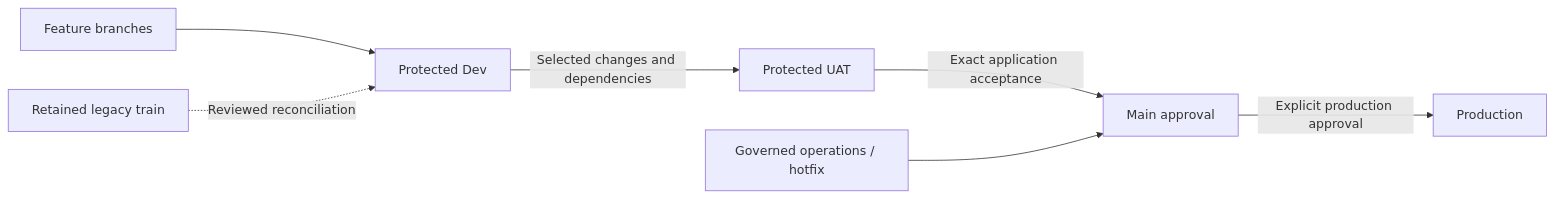
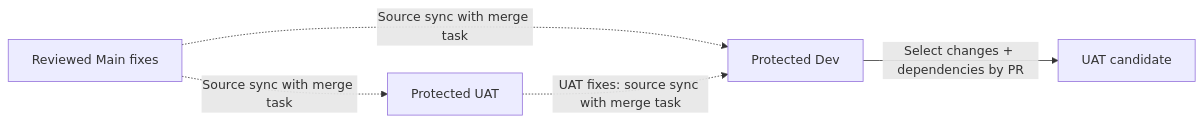
One commit to hushh-labs/hushh-research changed the second of 2 diagrams in docs/reference/operations/branch-governance.md. Above: the diagram before and after it, drawn with Mermaid. The commit also changed other lines of this file and 1 other file, not shown here.

Commit message:
docs(ci): clarify live teams branch joins and explicit release authority

````diff
--- a/docs/reference/operations/branch-governance.md
+++ b/docs/reference/operations/branch-governance.md
@@ -37,9 +67,7 @@
 ```mermaid
 flowchart LR
-  feature["Feature branches"] --> dev["Protected Dev"]
-  dev -->|"Selected changes and dependencies"| uat["Protected UAT"]
-  uat -->|"Exact application acceptance"| main["Main approval"]
-  main -->|"Explicit production approval"| prod["Production"]
-  operations["Governed operations / hotfix"] --> main
-  legacy["Retained legacy train"] -.->|"Reviewed reconciliation"| dev
+  main["Reviewed Main fixes"] -. "Source sync with merge task" .-> uat["Protected UAT"]
+  main -. "Source sync with merge task" .-> dev["Protected Dev"]
+  uat -. "UAT fixes: source sync with merge task" .-> dev
+  dev -->|"Select changes + dependencies by PR"| candidate["UAT candidate"]
 ```
````
